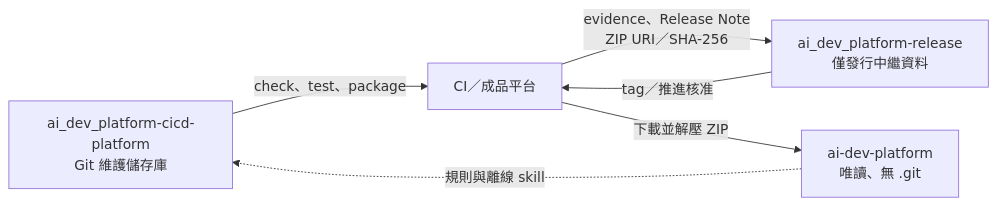
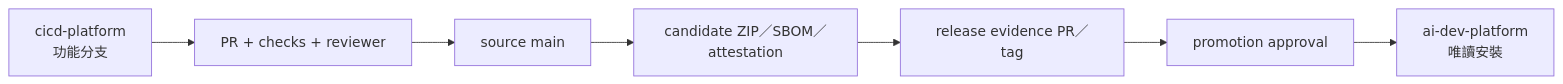
Before and after one commit to JiaChangGit/ai_dev_platform-cicd-platform: the diagram in docs/maintainer-mode.md, drawn with Mermaid. The commit also changed other lines of this file and 3759 other files, not shown here.

````diff
--- a/docs/maintainer-mode.md
+++ b/docs/maintainer-mode.md
@@ -15,8 +7,9 @@
 ```mermaid
 flowchart LR
-    A["ai_dev_platform-cicd-platform<br/>Git 維護儲存庫"] -->|"check、test、package"| B["CI／成品平台"]
-    B -->|"evidence、Release Note<br/>ZIP URI／SHA-256"| C["ai_dev_platform-release<br/>僅發行中繼資料"]
-    C -->|"tag／推進核准"| B
-    B -->|"下載並解壓 ZIP"| D["ai-dev-platform<br/>唯讀、無 .git"]
-    D -.->|"規則與離線 skill"| A
+    S["cicd-platform<br/>功能分支"] --> PR["PR + checks + reviewer"]
+    PR --> M["source main"]
+    M --> C["candidate ZIP／SBOM／attestation"]
+    C --> R["release evidence PR／tag"]
+    R --> P["promotion approval"]
+    P --> I["ai-dev-platform<br/>唯讀安裝"]
 ```
````
